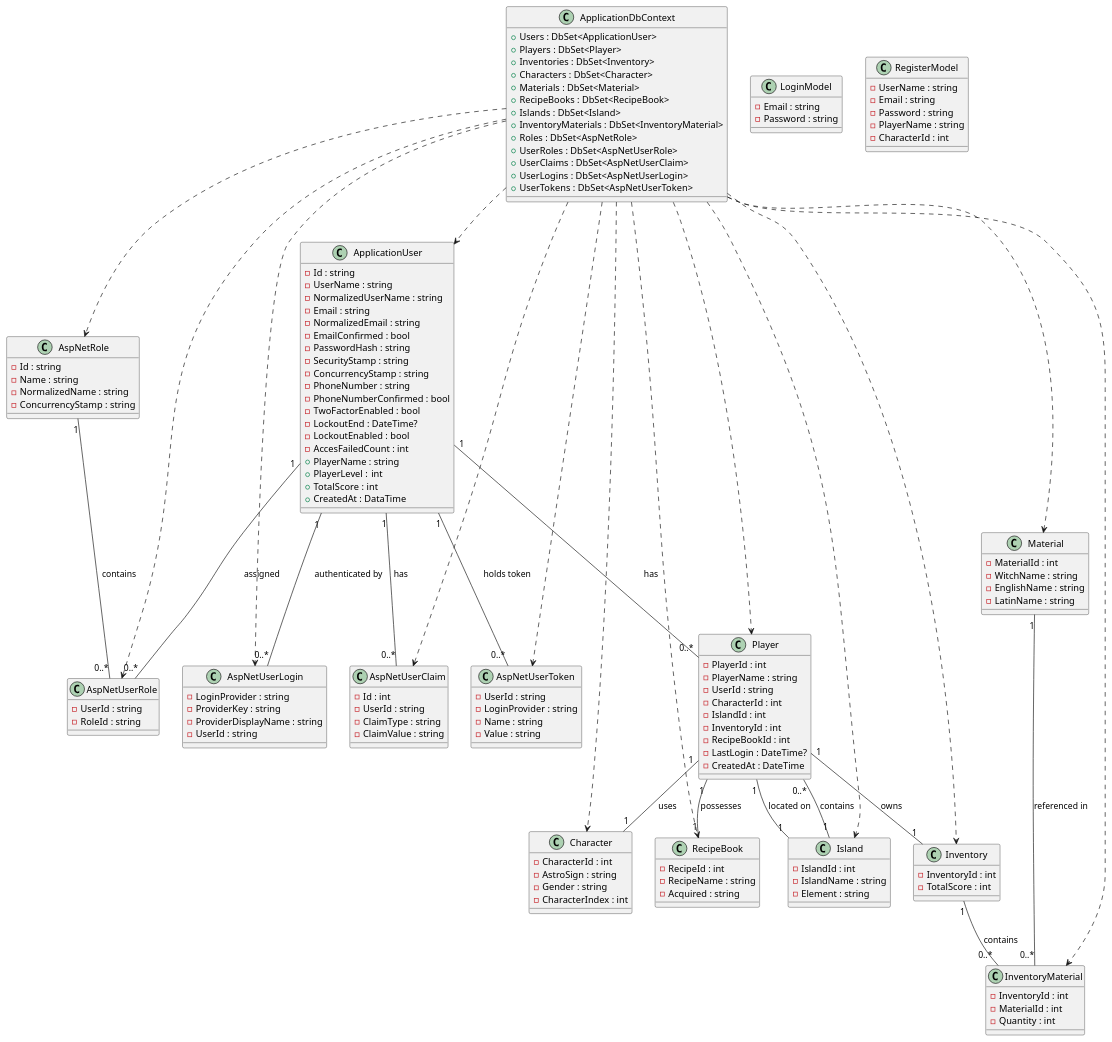
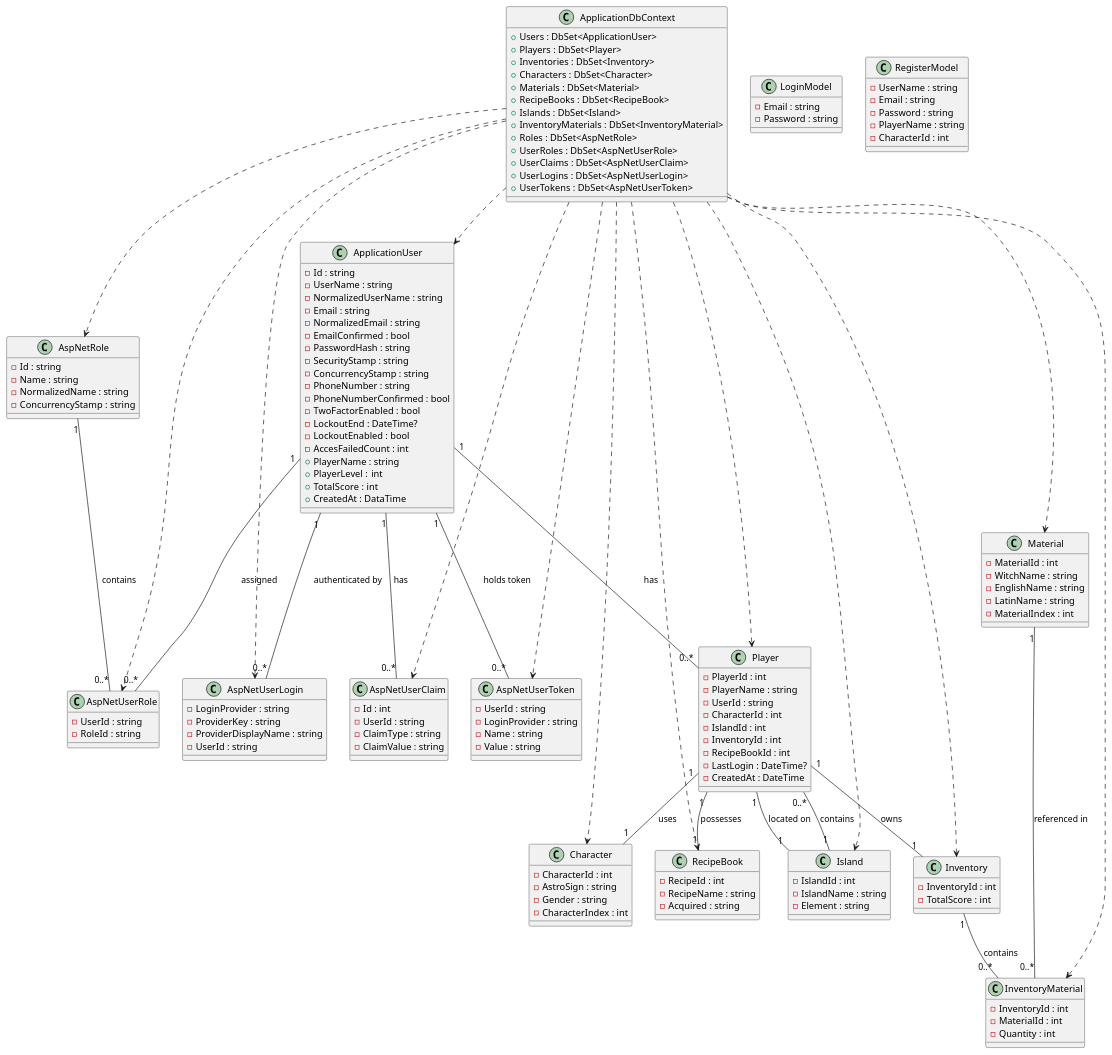
Before and after one commit to PBB2020/AstroWheelAPI: the diagram in UML Diagrams/domain-model.puml, drawn with PlantUML. The commit also changed 2 other files, not shown here.

Commit message:
Get Me API végpont Materiallal bővítve PlayerController, PlayerDTO és UML diagram módosítás

```diff
--- a/UML Diagrams/domain-model.puml
+++ b/UML Diagrams/domain-model.puml
@@ -1,183 +1,184 @@
 @startuml
 
 ' ---------------------------
 ' Alapos osztályok definiálása
 ' ---------------------------
 
 class ApplicationUser {
 	- Id : string
 	- UserName : string
 	- NormalizedUserName : string
 	- Email : string
 	- NormalizedEmail : string
 	- EmailConfirmed : bool
 	- PasswordHash : string
 	- SecurityStamp : string
 	- ConcurrencyStamp : string
 	- PhoneNumber : string
 	- PhoneNumberConfirmed : bool
 	- TwoFactorEnabled : bool
 	- LockoutEnd : DateTime?
 	- LockoutEnabled : bool
 	- AccesFailedCount : int
 	+ PlayerName : string
 	+ PlayerLevel :	int
 	+ TotalScore : int
 	+ CreatedAt : DataTime
 }
 
 class AspNetRole {
   - Id : string
   - Name : string
   - NormalizedName : string
   - ConcurrencyStamp : string
 }
 
 class AspNetUserRole {
   - UserId : string
   - RoleId : string
 }
 
 class AspNetUserClaim {
   - Id : int
   - UserId : string
   - ClaimType : string
   - ClaimValue : string
 }
 
 class AspNetUserLogin {
   - LoginProvider : string
   - ProviderKey : string
   - ProviderDisplayName : string
   - UserId : string
 }
 
 class AspNetUserToken {
   - UserId : string
   - LoginProvider : string
   - Name : string
   - Value : string
 }
 
 class LoginModel {
   - Email : string
   - Password : string
 }
 
 class RegisterModel {
     - UserName : string
     - Email : string
     - Password : string
 	- PlayerName : string
 	- CharacterId : int
 }
 
 ' ---------------------------
 ' Egyéb osztályok
 ' ---------------------------
 
 class Character {
   - CharacterId : int
   - AstroSign : string
   - Gender : string
   - CharacterIndex : int
 }
 
 class Inventory {
   - InventoryId : int
   - TotalScore : int
 }
 
 class InventoryMaterial {
   - InventoryId : int
   - MaterialId : int
   - Quantity : int
 }
 
 class Island {
   - IslandId : int
   - IslandName : string
   - Element : string
 }
 
 class Material {
   - MaterialId : int
   - WitchName : string
   - EnglishName : string
   - LatinName : string
+  - MaterialIndex : int
 }
 
 class Player {
   - PlayerId : int
   - PlayerName : string
   - UserId : string
   - CharacterId : int
   - IslandId : int
   - InventoryId : int
   - RecipeBookId : int
   - LastLogin : DateTime?
   - CreatedAt : DateTime
 }
 
 class RecipeBook {
   - RecipeId : int
   - RecipeName : string
   - Acquired : string
 }
 
 ' ---------------------------
 ' Kapcsolatok beállítása
 ' ---------------------------
 
 ApplicationUser "1" -- "0..*" Player : has
 Player "1" -- "1" Character : uses
 Player "1" -- "1" Island : located on
 Player "1" -- "1" Inventory : owns
 Player "1" -- "1" RecipeBook : possesses
 Island "1" -- "0..*" Player : contains
 Inventory "1" -- "0..*" InventoryMaterial : contains
 Material "1" -- "0..*" InventoryMaterial : referenced in
 
 ' ASP.NET Identity kapcsolatok
 ApplicationUser "1" -- "0..*" AspNetUserRole : assigned
 AspNetRole "1" -- "0..*" AspNetUserRole : contains
 ApplicationUser "1" -- "0..*" AspNetUserClaim : has
 ApplicationUser "1" -- "0..*" AspNetUserLogin : authenticated by
 ApplicationUser "1" -- "0..*" AspNetUserToken : holds token
 
 ' ---------------------------
 ' ApplicationDbContext osztály (DbSet-ekkel)
 ' ---------------------------
 
 class ApplicationDbContext {
   + Users : DbSet<ApplicationUser>
   + Players : DbSet<Player>
   + Inventories : DbSet<Inventory>
   + Characters : DbSet<Character>
   + Materials : DbSet<Material>
   + RecipeBooks : DbSet<RecipeBook>
   + Islands : DbSet<Island>
   + InventoryMaterials : DbSet<InventoryMaterial>
   + Roles : DbSet<AspNetRole>
   + UserRoles : DbSet<AspNetUserRole>
   + UserClaims : DbSet<AspNetUserClaim>
   + UserLogins : DbSet<AspNetUserLogin>
   + UserTokens : DbSet<AspNetUserToken>
 }
 
 ' A context "has" a domain entitásokat (lágy függőségek)
 ApplicationDbContext ..> ApplicationUser
 ApplicationDbContext ..> Player
 ApplicationDbContext ..> Inventory
 ApplicationDbContext ..> InventoryMaterial
 ApplicationDbContext ..> Character
 ApplicationDbContext ..> Material
 ApplicationDbContext ..> RecipeBook
 ApplicationDbContext ..> Island
 ApplicationDbContext ..> AspNetRole
 ApplicationDbContext ..> AspNetUserRole
 ApplicationDbContext ..> AspNetUserClaim
 ApplicationDbContext ..> AspNetUserLogin
 ApplicationDbContext ..> AspNetUserToken
 
 @enduml
```
